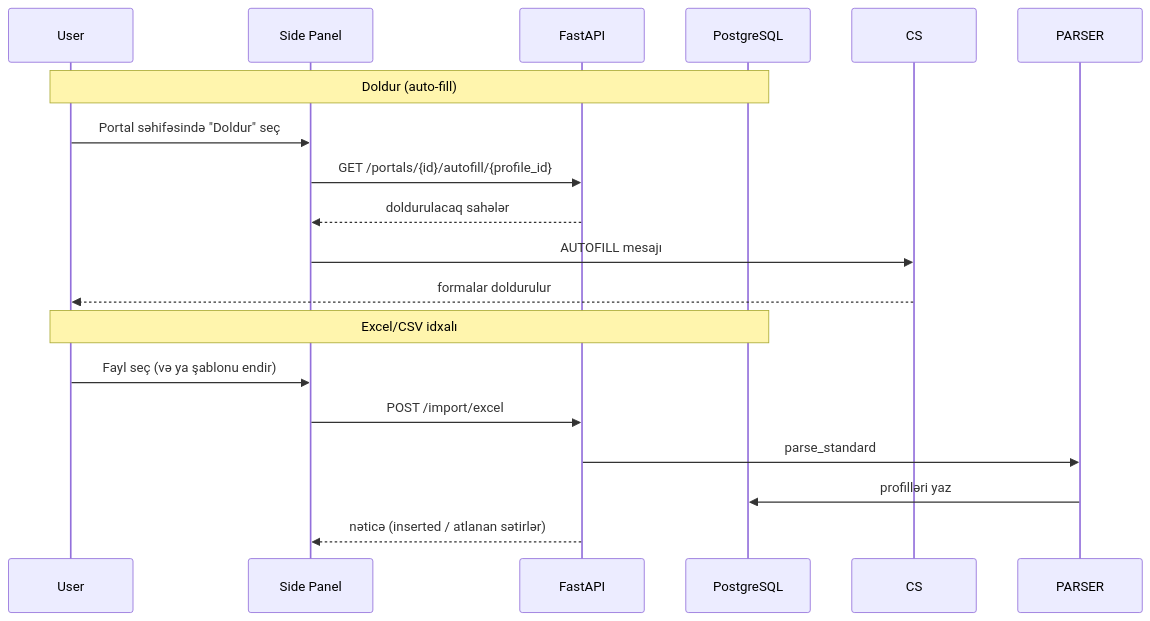
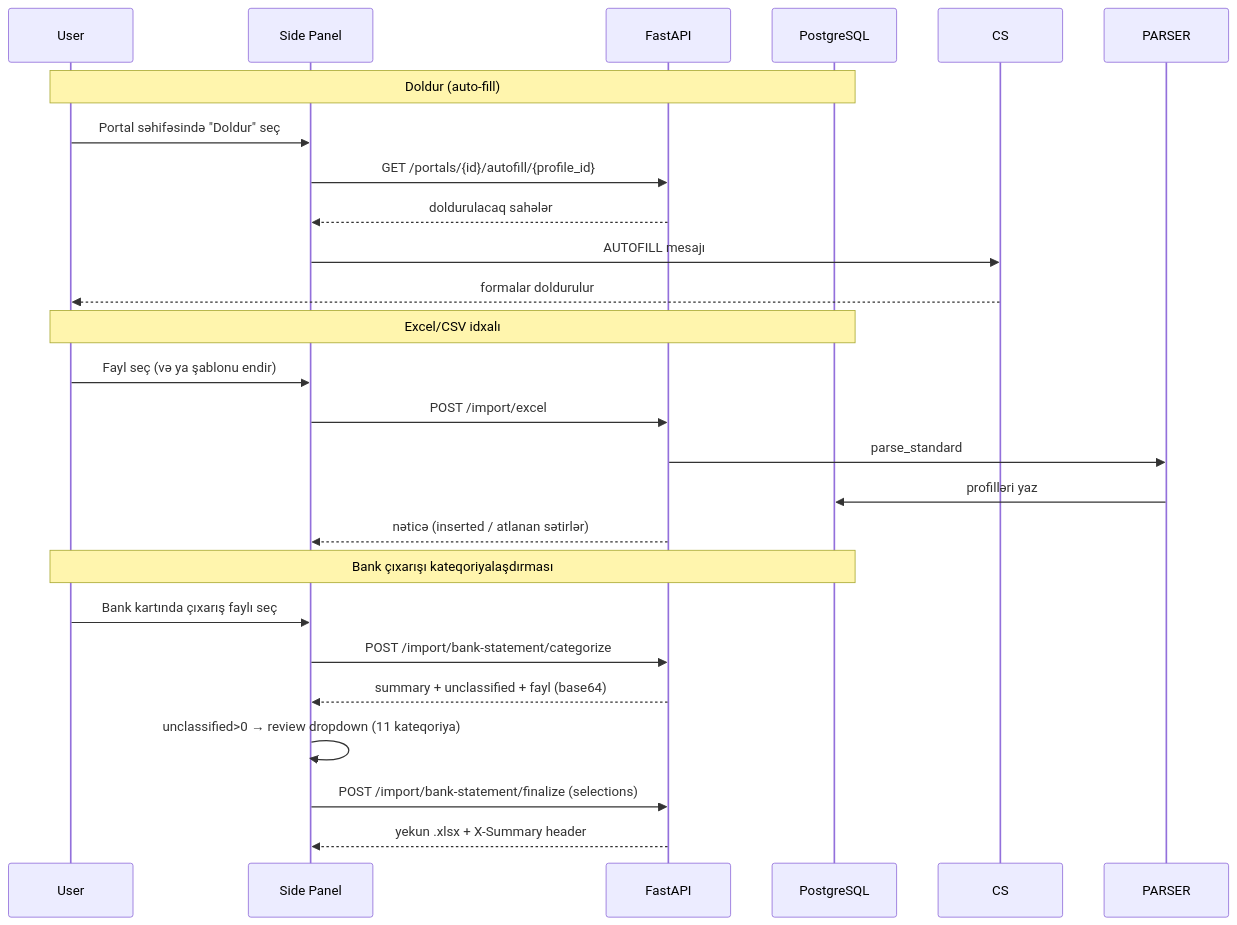
One commit to nihat2001/TaxPro changed the second of 2 diagrams in README.md. Above: the diagram before and after it, drawn with Mermaid. The commit also changed other lines of this file, not shown here.

````diff
--- a/README.md
+++ b/README.md
@@ -67,19 +68,26 @@
 ```mermaid
 sequenceDiagram
     participant U as User
     participant P as Side Panel
     participant API as FastAPI
     participant DB as PostgreSQL
     Note over U,DB: Doldur (auto-fill)
     U->>P: Portal səhifəsində "Doldur" seç
     P->>API: GET /portals/{id}/autofill/{profile_id}
     API-->>P: doldurulacaq sahələr
     P->>CS: AUTOFILL mesajı
     CS-->>U: formalar doldurulur
     Note over U,DB: Excel/CSV idxalı
     U->>P: Fayl seç (və ya şablonu endir)
     P->>API: POST /import/excel
     API->>PARSER: parse_standard
     PARSER->>DB: profilləri yaz
     API-->>P: nəticə (inserted / atlanan sətirlər)
+    Note over U,DB: Bank çıxarışı kateqoriyalaşdırması
+    U->>P: Bank kartında çıxarış faylı seç
+    P->>API: POST /import/bank-statement/categorize
+    API-->>P: summary + unclassified + fayl (base64)
+    P->>P: unclassified>0 → review dropdown (11 kateqoriya)
+    P->>API: POST /import/bank-statement/finalize (selections)
+    API-->>P: yekun .xlsx + X-Summary header
 ```
````
